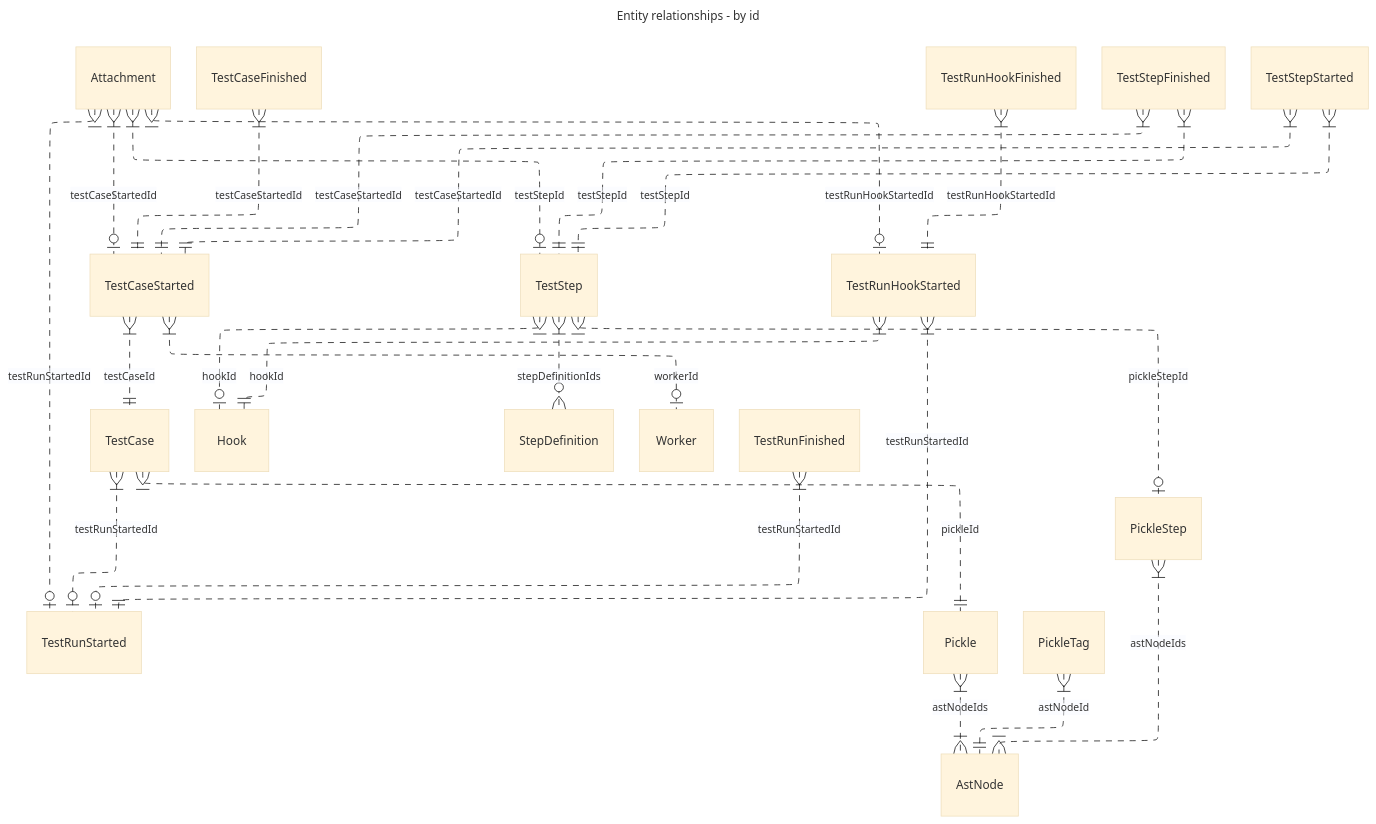
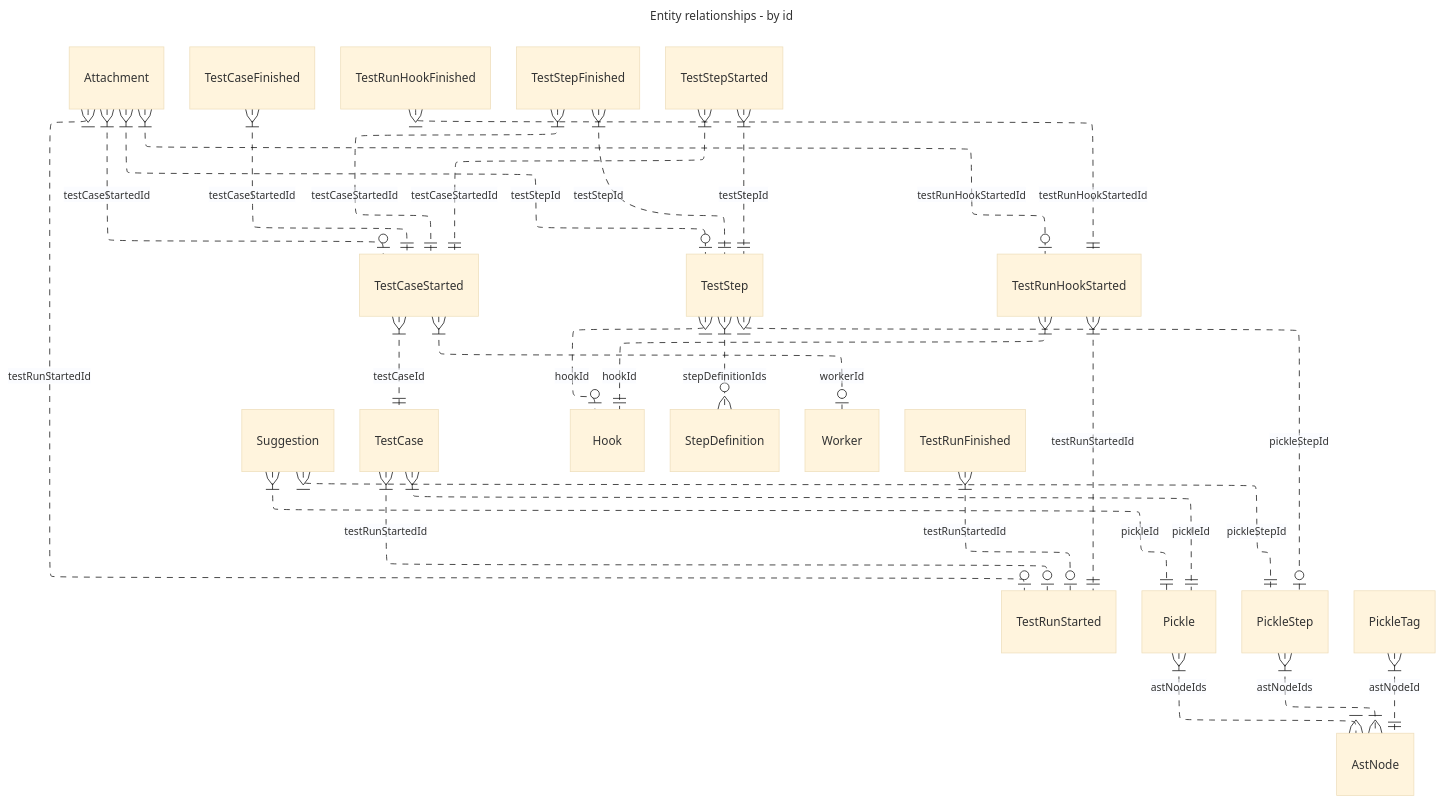
Before and after one commit to cucumber/messages: the first of 2 diagrams in jsonschema/relations.md, drawn with Mermaid (base theme). The commit also changed other lines of this file and 27 other files, not shown here.

````diff
--- a/jsonschema/relations.md
+++ b/jsonschema/relations.md
@@ -10,31 +10,33 @@
 ```mermaid
 ---
 title: Entity relationships  - by id
 config:
     layout: elk
 ---
 erDiagram
 Attachment }|..o| TestCaseStarted: testCaseStartedId
 Attachment }|..o| TestStep: testStepId
 Attachment }|..o| TestRunStarted: testRunStartedId
 Attachment }|..o| TestRunHookStarted: testRunHookStartedId
 Pickle }|..|{ AstNode: astNodeIds
 PickleStep }|..|{ AstNode: astNodeIds
 PickleTag }|..|| AstNode: astNodeId
+Suggestion }|..|| Pickle: pickleId
+Suggestion }|..|| PickleStep: pickleStepId
 TestCase }|..|| Pickle: pickleId
 TestCase }|..o| TestRunStarted: testRunStartedId
 TestStep }|..o| Hook: hookId
 TestStep }|..o| PickleStep: pickleStepId
 TestStep }|..o{ StepDefinition: stepDefinitionIds
 TestCaseFinished }|..|| TestCaseStarted: testCaseStartedId
 TestCaseStarted }|..|| TestCase: testCaseId
 TestCaseStarted }|..o| Worker: workerId
 TestRunFinished }|..o| TestRunStarted: testRunStartedId
 TestRunHookFinished }|..|| TestRunHookStarted: testRunHookStartedId
 TestRunHookStarted }|..|| TestRunStarted: testRunStartedId
 TestRunHookStarted }|..|| Hook: hookId
 TestStepFinished }|..|| TestCaseStarted: testCaseStartedId
 TestStepFinished }|..|| TestStep: testStepId
 TestStepStarted }|..|| TestCaseStarted: testCaseStartedId
 TestStepStarted }|..|| TestStep: testStepId
 ```
````
